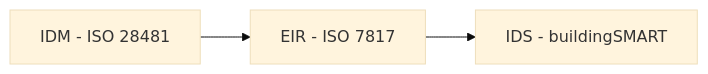
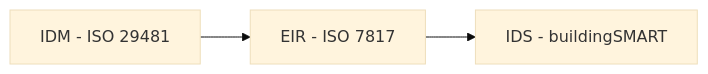
Before and after one commit to c4rlosdias/Workshop_IDS: the diagram in Readme.md, drawn with Mermaid (base theme). The commit also changed other lines of this file and 2 other files, not shown here.

````diff
--- a/Readme.md
+++ b/Readme.md
@@ -40,5 +40,5 @@
 ```mermaid
 graph LR
-A[IDM - ISO 28481] --> B[EIR - ISO 7817] --> C[IDS - buildingSMART]
+A[IDM - ISO 29481] --> B[EIR - ISO 7817] --> C[IDS - buildingSMART]
 
 ```
````
